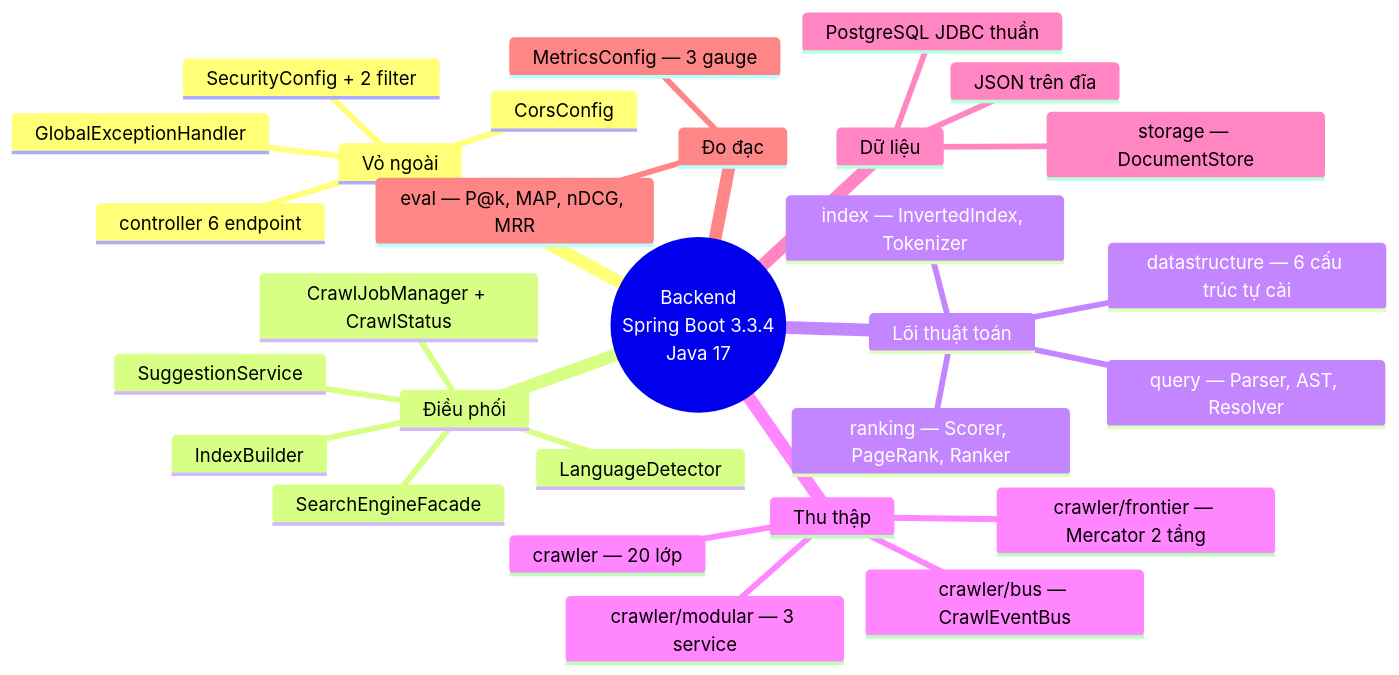
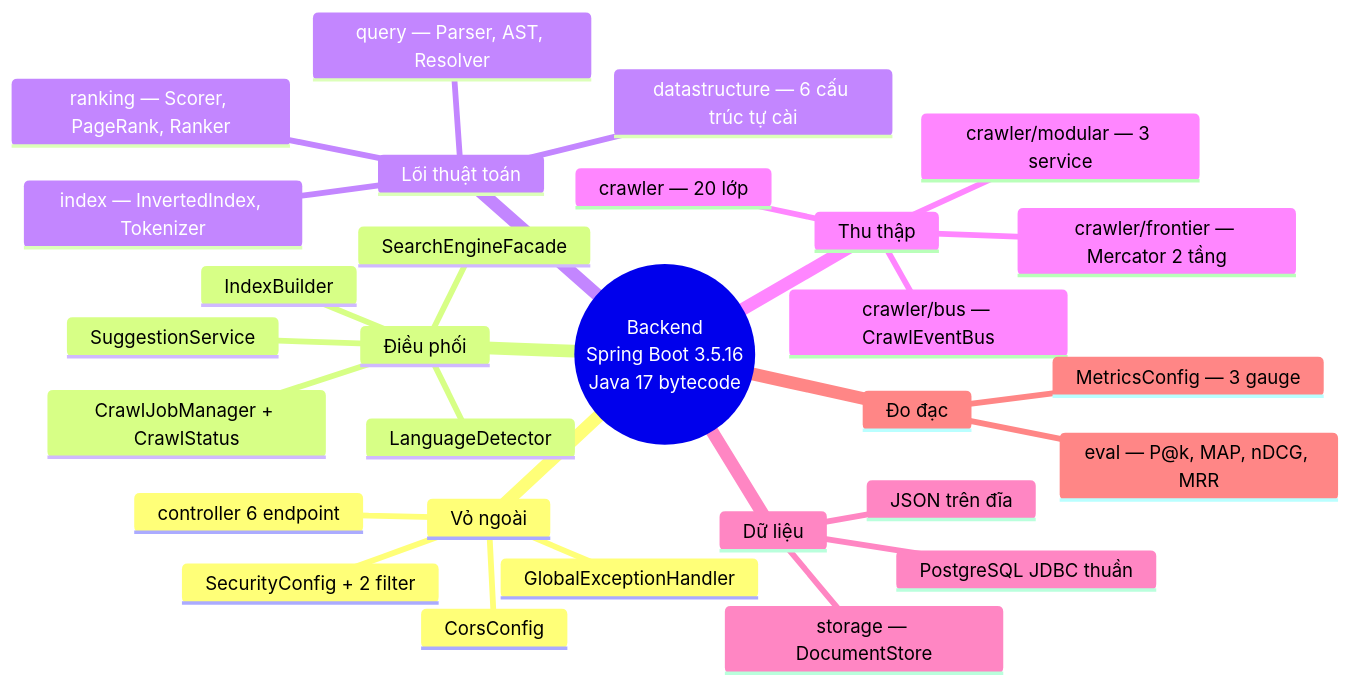
One commit to KietAnhCS/CocCoc-Plus changed the first of 3 diagrams in docs/BACKEND.md. Above: the diagram before and after it, drawn with Mermaid. The commit also changed 3 other files, not shown here.

````diff
--- a/docs/BACKEND.md
+++ b/docs/BACKEND.md
@@ -44,32 +44,32 @@
 ```mermaid
 mindmap
-  root((Backend<br/>Spring Boot 3.3.4<br/>Java 17))
+  root((Backend<br/>Spring Boot 3.5.16<br/>Java 17 bytecode))
     Vỏ ngoài
       controller 6 endpoint
       GlobalExceptionHandler
       SecurityConfig + 2 filter
       CorsConfig
     Điều phối
       SearchEngineFacade
       IndexBuilder
       CrawlJobManager + CrawlStatus
       SuggestionService
       LanguageDetector
     Lõi thuật toán
       index — InvertedIndex, Tokenizer
       query — Parser, AST, Resolver
       ranking — Scorer, PageRank, Ranker
       datastructure — 6 cấu trúc tự cài
     Thu thập
       crawler — 20 lớp
       crawler/frontier — Mercator 2 tầng
       crawler/bus — CrawlEventBus
       crawler/modular — 3 service
     Dữ liệu
       storage — DocumentStore
       PostgreSQL JDBC thuần
       JSON trên đĩa
     Đo đạc
       eval — P@k, MAP, nDCG, MRR
       MetricsConfig — 3 gauge
 ```
````
